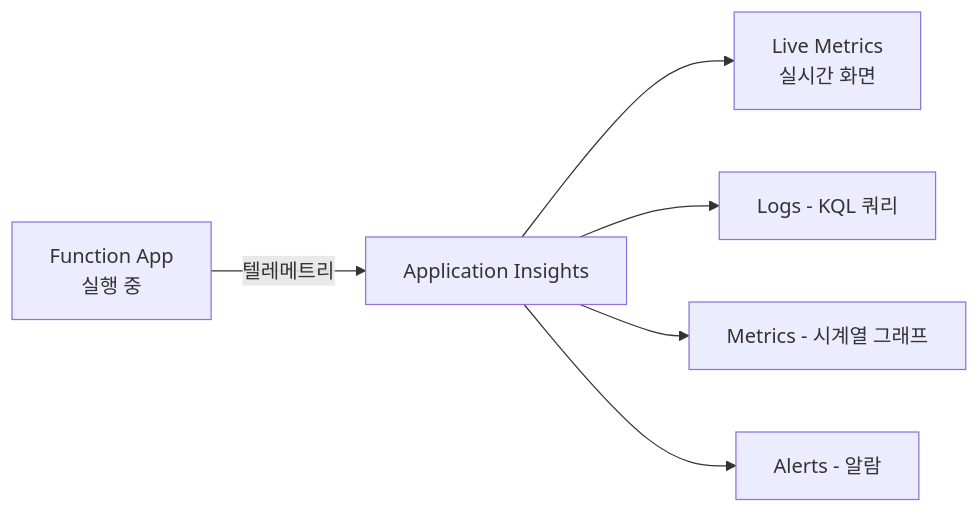
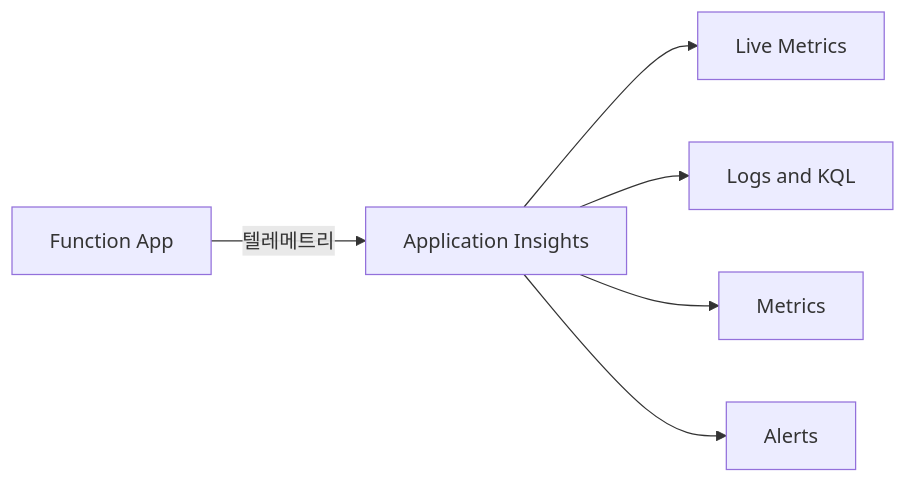
The first of 2 diagrams in azure-functions-101/ko/07-monitoring-and-ops.md (yeongseon-books/book-content), drawn with Mermaid before and after one commit. The commit also changed other lines of this file and 42 other files, not shown here.

First line of the commit message:
fix: 오라클 리뷰 반영 — Functions 101/Deep Dive 사실관계·톤·다이어그램 정리, App Service 101 ko/en 재구조화

````diff
--- a/azure-functions-101/ko/07-monitoring-and-ops.md
+++ b/azure-functions-101/ko/07-monitoring-and-ops.md
@@ -54,8 +41,8 @@
 ```mermaid
 flowchart LR
-    Func[Function App<br/>실행 중] -- 텔레메트리 --> AI[Application Insights]
-    AI --> LM[Live Metrics<br/>실시간 화면]
-    AI --> KQL[Logs - KQL 쿼리]
-    AI --> Met[Metrics - 시계열 그래프]
-    AI --> Alert[Alerts - 알람]
+    Func[Function App] -- 텔레메트리 --> AI[Application Insights]
+    AI --> LM[Live Metrics]
+    AI --> Logs[Logs and KQL]
+    AI --> Met[Metrics]
+    AI --> Alerts[Alerts]
 ```
````
